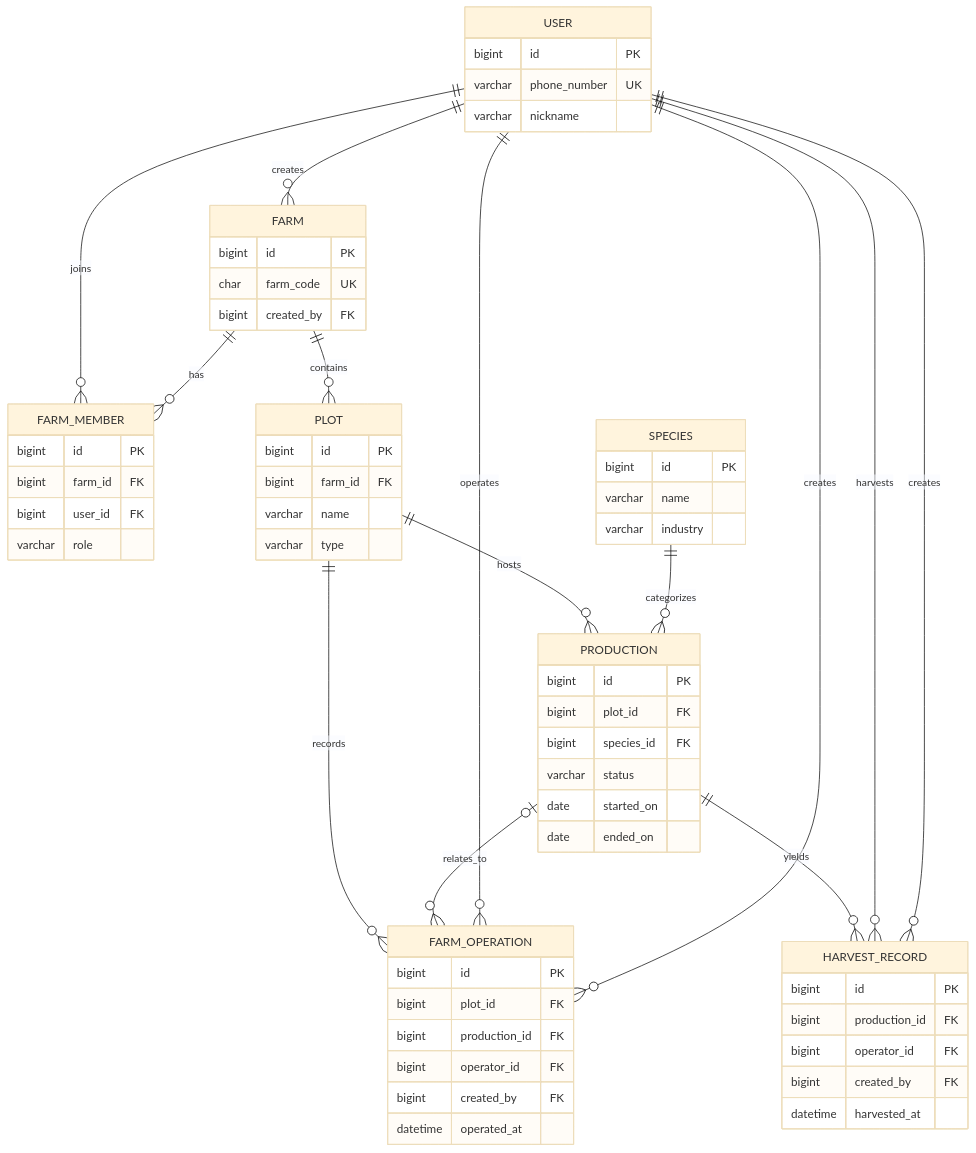
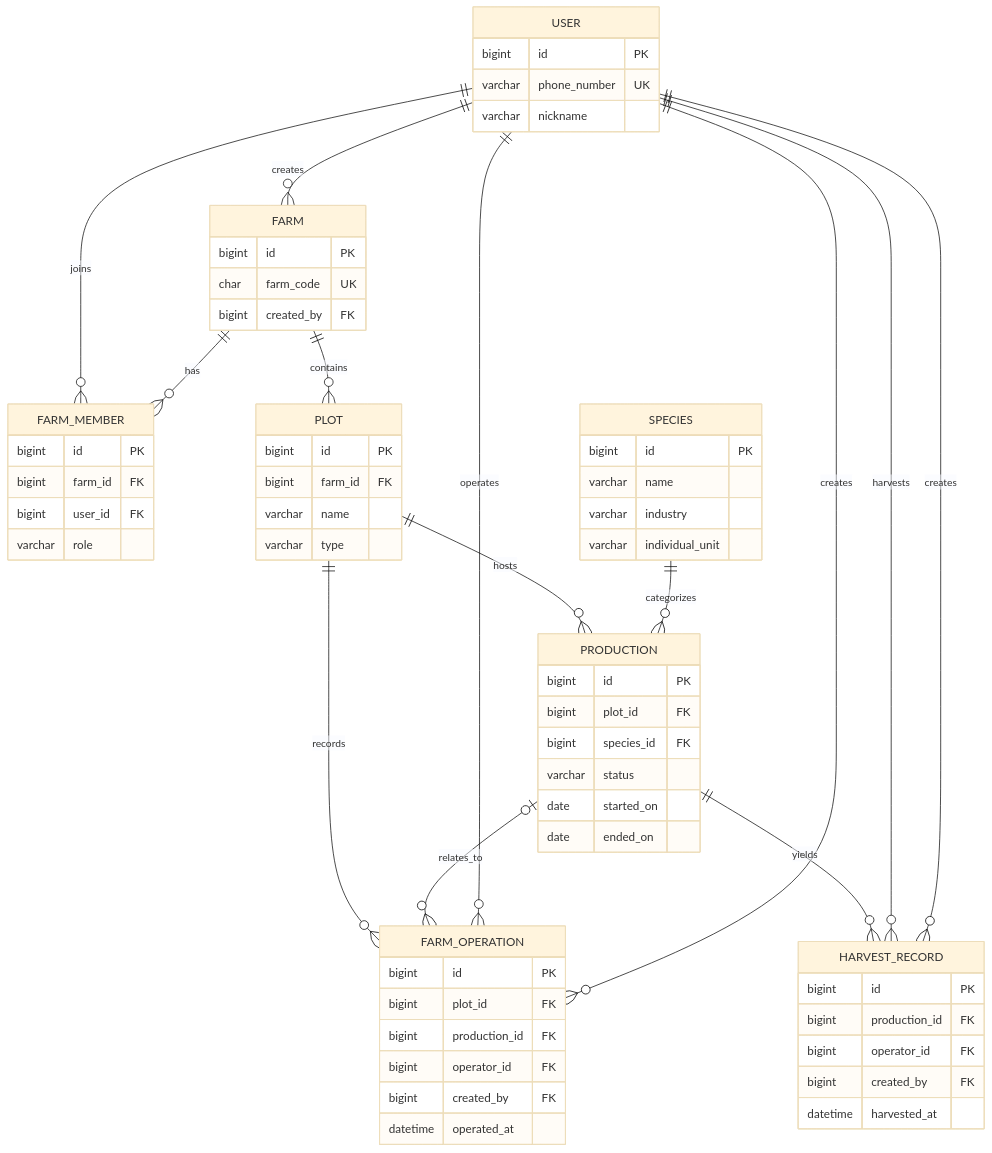
Before and after one commit to wungjyan/pocket-farm: the diagram in docs/mvp/02-domain-model.md, drawn with Mermaid (base theme). The commit also changed other lines of this file and 29 other files, not shown here.

````diff
--- a/docs/mvp/02-domain-model.md
+++ b/docs/mvp/02-domain-model.md
@@ -7,67 +7,68 @@
 ```mermaid
 erDiagram
     USER ||--o{ FARM : creates
     USER ||--o{ FARM_MEMBER : joins
     FARM ||--o{ FARM_MEMBER : has
     FARM ||--o{ PLOT : contains
     PLOT ||--o{ PRODUCTION : hosts
     SPECIES ||--o{ PRODUCTION : categorizes
     PLOT ||--o{ FARM_OPERATION : records
     PRODUCTION o|--o{ FARM_OPERATION : relates_to
     PRODUCTION ||--o{ HARVEST_RECORD : yields
     USER ||--o{ FARM_OPERATION : operates
     USER ||--o{ FARM_OPERATION : creates
     USER ||--o{ HARVEST_RECORD : harvests
     USER ||--o{ HARVEST_RECORD : creates
 
     USER {
         bigint id PK
         varchar phone_number UK
         varchar nickname
     }
     FARM {
         bigint id PK
         char farm_code UK
         bigint created_by FK
     }
     FARM_MEMBER {
         bigint id PK
         bigint farm_id FK
         bigint user_id FK
         varchar role
     }
     PLOT {
         bigint id PK
         bigint farm_id FK
         varchar name
         varchar type
     }
     SPECIES {
         bigint id PK
         varchar name
         varchar industry
+        varchar individual_unit
     }
     PRODUCTION {
         bigint id PK
         bigint plot_id FK
         bigint species_id FK
         varchar status
         date started_on
         date ended_on
     }
     FARM_OPERATION {
         bigint id PK
         bigint plot_id FK
         bigint production_id FK
         bigint operator_id FK
         bigint created_by FK
         datetime operated_at
     }
     HARVEST_RECORD {
         bigint id PK
         bigint production_id FK
         bigint operator_id FK
         bigint created_by FK
         datetime harvested_at
     }
 ```
````
